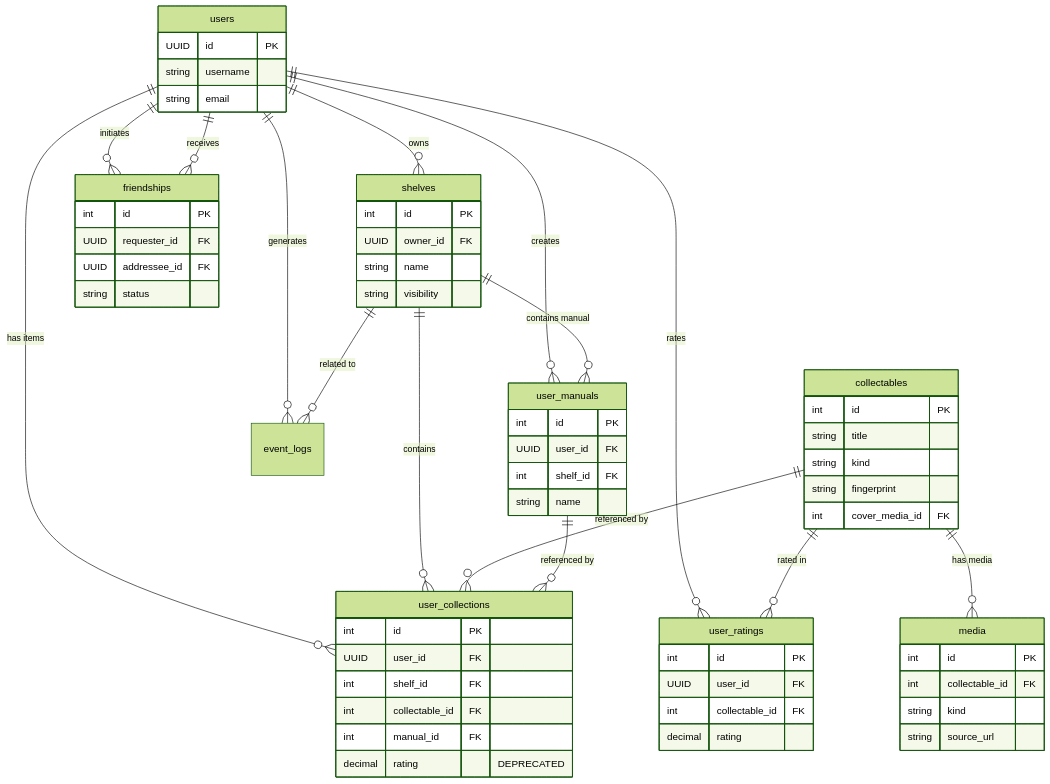
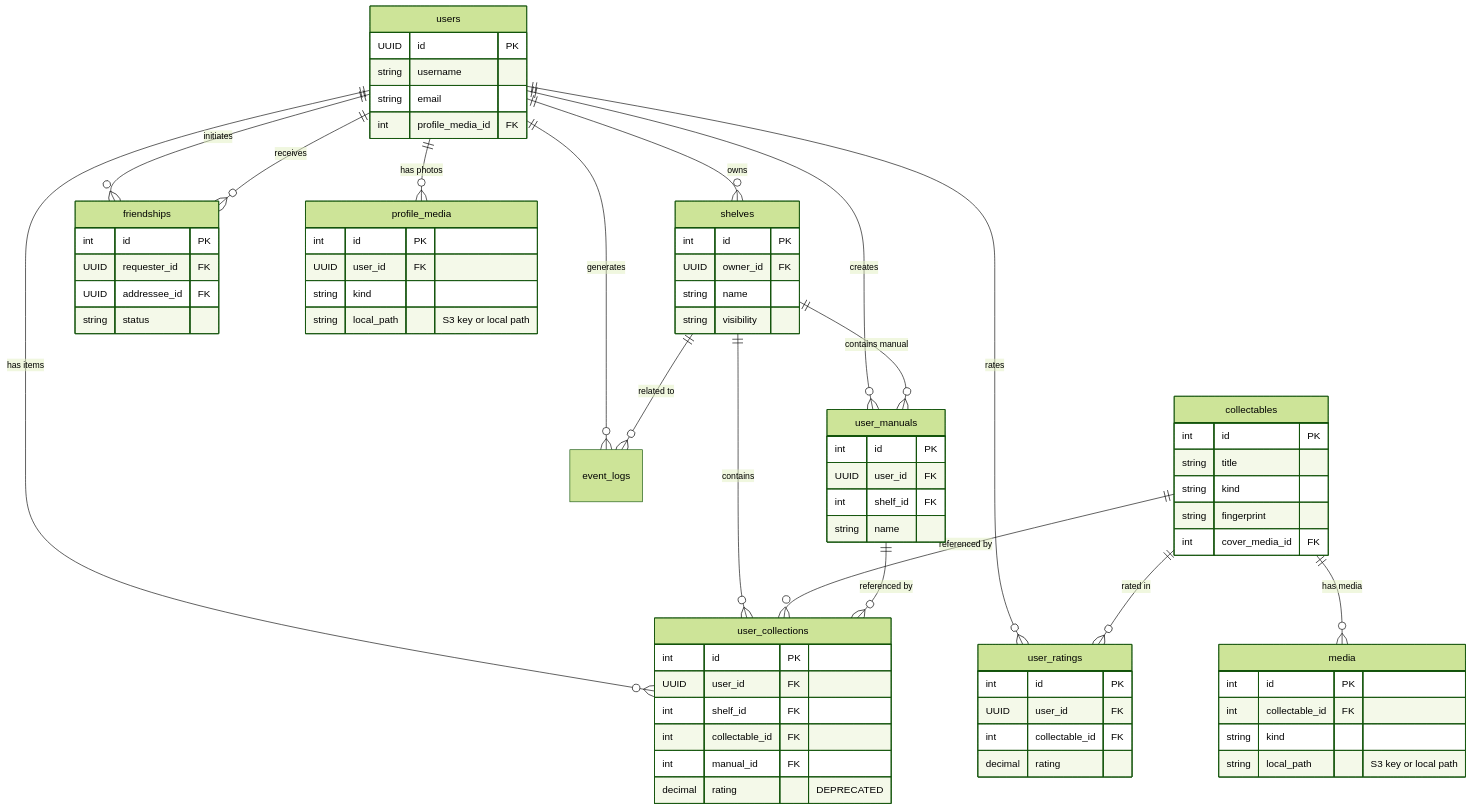
The diagram in AGENTS/backend-database-structure.md (fTr0ut/ShelvesAI), drawn with Mermaid (forest theme) before and after one commit. The commit also changed other lines of this file and 11 other files, not shown here.

```diff
--- a/AGENTS/backend-database-structure.md
+++ b/AGENTS/backend-database-structure.md
@@ -285,6 +310,7 @@
     users ||--o{ friendships : initiates
     users ||--o{ friendships : receives
     users ||--o{ event_logs : generates
+    users ||--o{ profile_media : "has photos"
 
     shelves ||--o{ user_collections : contains
     shelves ||--o{ user_manuals : "contains manual"
@@ -300,6 +326,7 @@
         UUID id PK
         string username
         string email
+        int profile_media_id FK
     }
 
     shelves {
@@ -321,7 +348,14 @@
         int id PK
         int collectable_id FK
         string kind
-        string source_url
+        string local_path "S3 key or local path"
+    }
+
+    profile_media {
+        int id PK
+        UUID user_id FK
+        string kind
+        string local_path "S3 key or local path"
     }
 
     user_collections {
```
